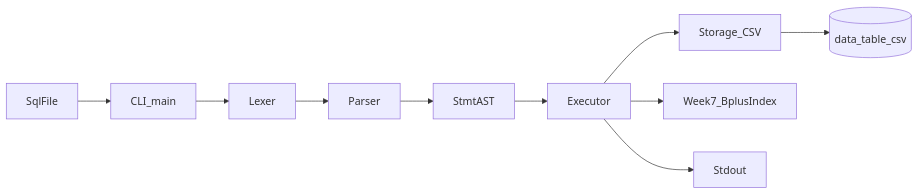
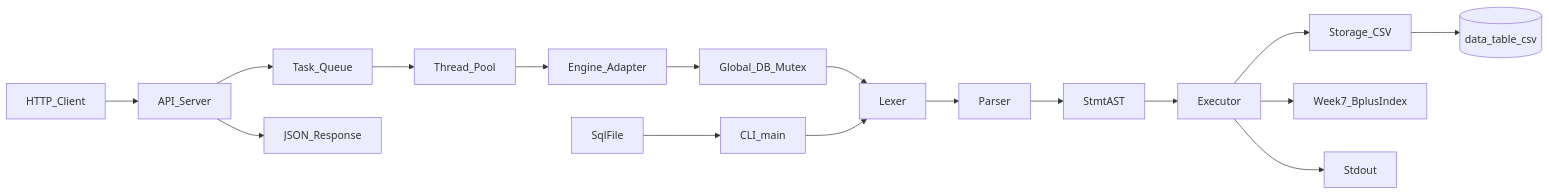
One commit to tail1887/sql_parsor changed the first of 4 diagrams in docs/02-architecture.md. Above: the diagram before and after it, drawn with Mermaid. The commit also changed other lines of this file and 22 other files, not shown here.

Commit message:
feat: add C API server with thread pool

````diff
--- a/docs/02-architecture.md
+++ b/docs/02-architecture.md
@@ -18,12 +18,19 @@
 ```mermaid
 flowchart LR
     SqlFile[SqlFile] --> CLI[CLI_main]
+    Client[HTTP_Client] --> Api[API_Server]
+    Api --> Queue[Task_Queue]
+    Queue --> Pool[Thread_Pool]
+    Pool --> Adapter[Engine_Adapter]
+    Adapter --> Lock[Global_DB_Mutex]
+    Lock --> Lexer[Lexer]
     CLI --> Lexer[Lexer]
     Lexer --> Parser[Parser]
     Parser --> AST[StmtAST]
     AST --> Exec[Executor]
     Exec --> Store[Storage_CSV]
     Store --> FS[(data_table_csv)]
     Exec --> Idx[Week7_BplusIndex]
     Exec --> Out[Stdout]
+    Api --> Json[JSON_Response]
 ```
````
